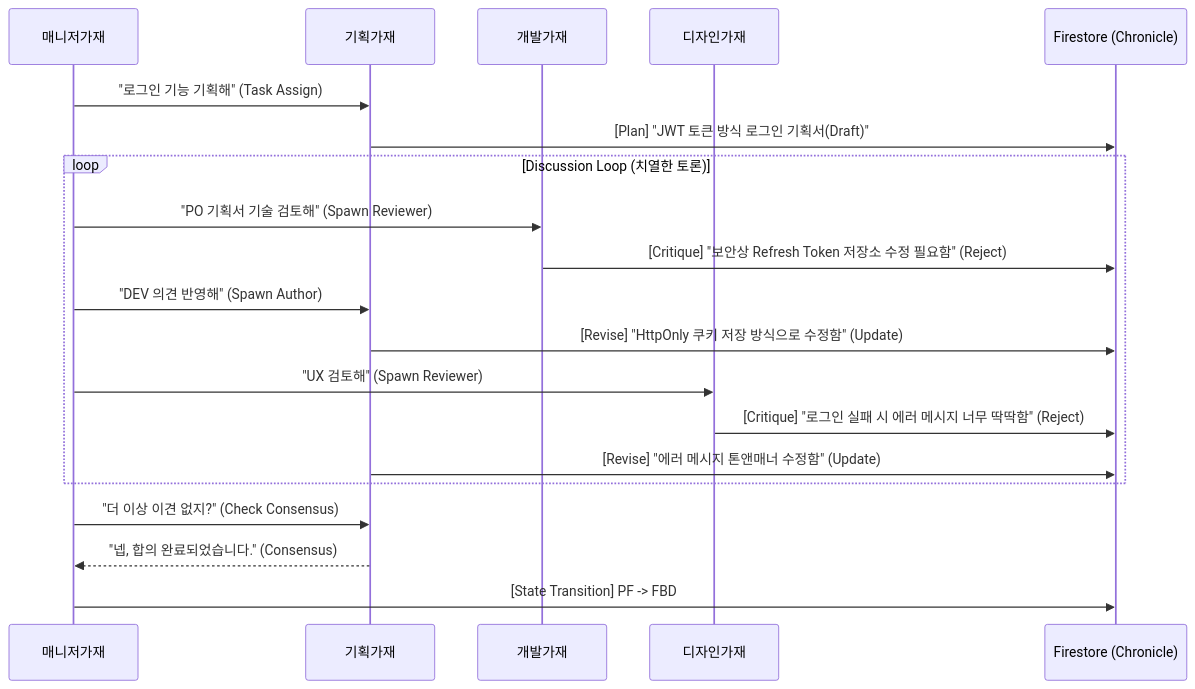
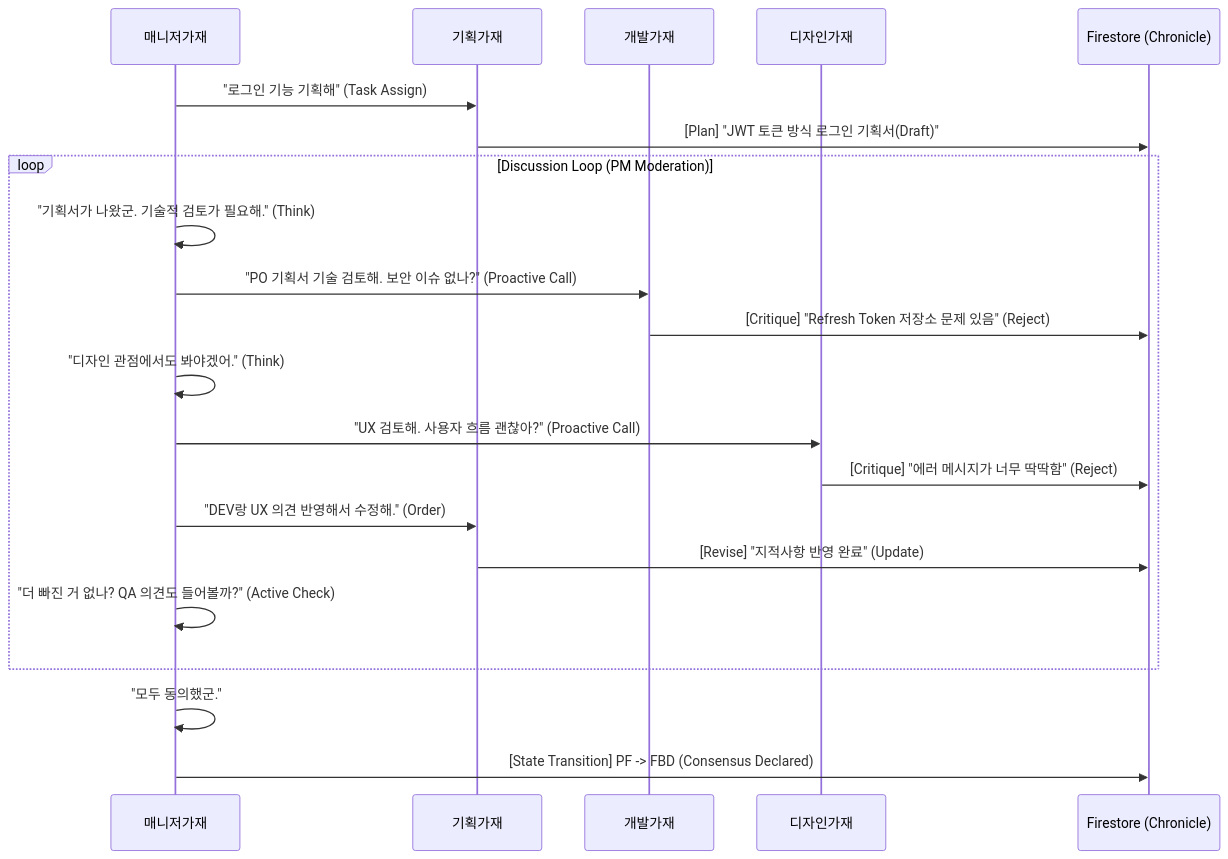
Before and after one commit to KyleL22/yuna-openclaw: the fourth of 4 diagrams in docs/core/process/SYSTEM_DESIGN_V1_0.md, drawn with Mermaid. The commit also changed other lines of this file, not shown here.

Commit message:
Docs: Finalize System Design v14.1 (Active Moderator & Star Topology)

````diff
--- a/docs/core/process/SYSTEM_DESIGN_V1_0.md
+++ b/docs/core/process/SYSTEM_DESIGN_V1_0.md
@@ -229,28 +238,29 @@
 ```mermaid
 sequenceDiagram
     participant PM as 매니저가재
     participant PO as 기획가재
     participant DEV as 개발가재
     participant UX as 디자인가재
     participant DB as Firestore (Chronicle)
 
     PM->>PO: "로그인 기능 기획해" (Task Assign)
     PO->>DB: [Plan] "JWT 토큰 방식 로그인 기획서(Draft)"
     
-    loop Discussion Loop (치열한 토론)
-        PM->>DEV: "PO 기획서 기술 검토해" (Spawn Reviewer)
-        DEV->>DB: [Critique] "보안상 Refresh Token 저장소 수정 필요함" (Reject)
+    loop Discussion Loop (PM Moderation)
+        PM->>PM: "기획서가 나왔군. 기술적 검토가 필요해." (Think)
+        PM->>DEV: "PO 기획서 기술 검토해. 보안 이슈 없나?" (Proactive Call)
+        DEV->>DB: [Critique] "Refresh Token 저장소 문제 있음" (Reject)
         
-        PM->>PO: "DEV 의견 반영해" (Spawn Author)
-        PO->>DB: [Revise] "HttpOnly 쿠키 저장 방식으로 수정함" (Update)
+        PM->>PM: "디자인 관점에서도 봐야겠어." (Think)
+        PM->>UX: "UX 검토해. 사용자 흐름 괜찮아?" (Proactive Call)
+        UX->>DB: [Critique] "에러 메시지가 너무 딱딱함" (Reject)
         
-        PM->>UX: "UX 검토해" (Spawn Reviewer)
-        UX->>DB: [Critique] "로그인 실패 시 에러 메시지 너무 딱딱함" (Reject)
+        PM->>PO: "DEV랑 UX 의견 반영해서 수정해." (Order)
+        PO->>DB: [Revise] "지적사항 반영 완료" (Update)
         
-        PO->>DB: [Revise] "에러 메시지 톤앤매너 수정함" (Update)
+        PM->>PM: "더 빠진 거 없나? QA 의견도 들어볼까?" (Active Check)
     end
     
-    PM->>PO: "더 이상 이견 없지?" (Check Consensus)
-    PO-->>PM: "넵, 합의 완료되었습니다." (Consensus)
-    PM->>DB: [State Transition] PF -> FBD
+    PM->>PM: "모두 동의했군."
+    PM->>DB: [State Transition] PF -> FBD (Consensus Declared)
 ```
````
